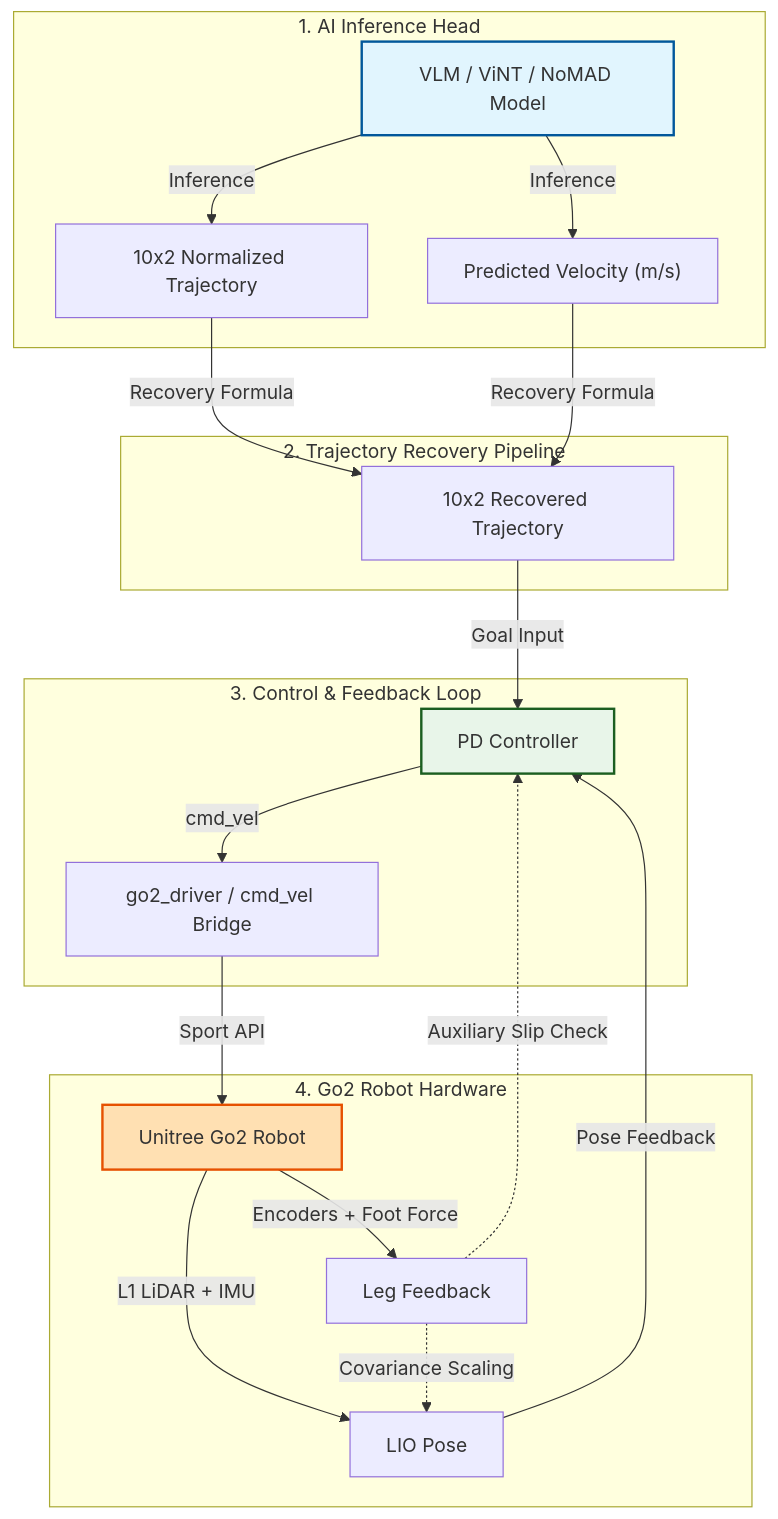
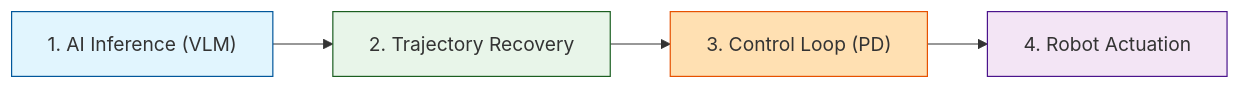
Before and after one commit to CGV-HGU/go2_ws: the first of 4 diagrams in README.md, drawn with Mermaid. The commit also changed other lines of this file, not shown here.

Commit message:
docs: split large diagram into clean horizontal sub-diagrams

````diff
--- a/README.md
+++ b/README.md
@@ -11,36 +11,8 @@
 ```mermaid
-graph TD
-    %% 1. Perception & Model Inference
-    subgraph Model [1. AI Inference Head]
-        VLM[VLM / ViNT / NoMAD Model] -->|Inference| TrajRaw[10x2 Normalized Trajectory]
-        VLM -->|Inference| VelPred["Predicted Velocity (m/s)"]
-    end
-
-    %% 2. Trajectory Recovery
-    subgraph Recovery [2. Trajectory Recovery Pipeline]
-        TrajRaw & VelPred -->|Recovery Formula| TrajPhys[10x2 Recovered Trajectory]
-    end
-
-    %% 3. Control & Feedback Loop
-    subgraph Control [3. Control & Feedback Loop]
-        TrajPhys -->|Goal Input| PD[PD Controller]
-        PD -->|cmd_vel| Bridge[go2_driver / cmd_vel Bridge]
-    end
-
-    %% 4. Robot & Sensors
-    subgraph Hardware [4. Go2 Robot Hardware]
-        Bridge -->|Sport API| Go2[Unitree Go2 Robot]
-        Go2 -->|L1 LiDAR + IMU| LIO[LIO Pose]
-        Go2 -->|Encoders + Foot Force| Leg[Leg Feedback]
-    end
-
-    %% 5. Feedback Path
-    LIO -->|Pose Feedback| PD
-    Leg -.->|Auxiliary Slip Check| PD
-    Leg -.->|Covariance Scaling| LIO
-
-    %% Style
-    style VLM fill:#e1f5fe,stroke:#01579b,stroke-width:2px
-    style PD fill:#e8f5e9,stroke:#1b5e20,stroke-width:2px
-    style Go2 fill:#ffe0b2,stroke:#e65100,stroke-width:2px
+graph LR
+    Step1["1. AI Inference (VLM)"] --> Step2["2. Trajectory Recovery"] --> Step3["3. Control Loop (PD)"] --> Step4["4. Robot Actuation"]
+    style Step1 fill:#e1f5fe,stroke:#01579b,stroke-width:1px
+    style Step2 fill:#e8f5e9,stroke:#1b5e20,stroke-width:1px
+    style Step3 fill:#ffe0b2,stroke:#e65100,stroke-width:1px
+    style Step4 fill:#f3e5f5,stroke:#4a148c,stroke-width:1px
 ```
````
